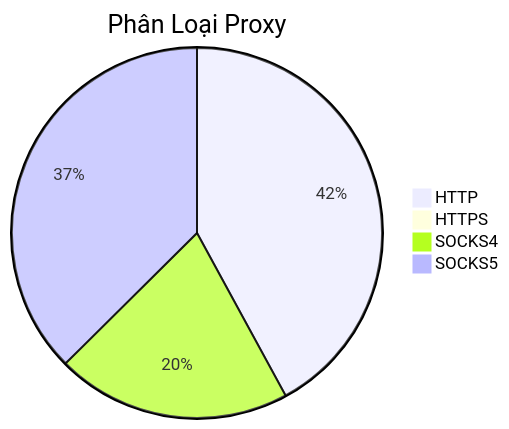
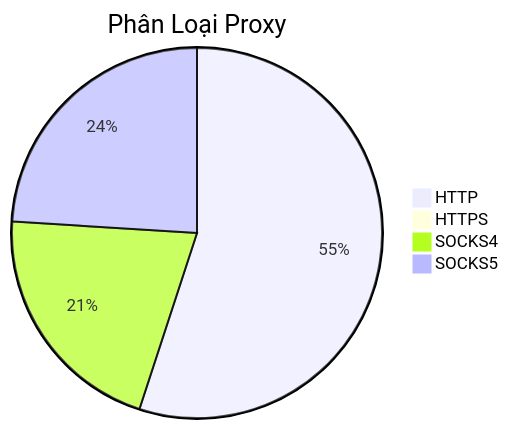
One commit to Ciara-12/PROXY-free changed the diagram in README.md. Above: the diagram before and after it, drawn with Mermaid. The commit also changed other lines of this file and 4 other files, not shown here.

````diff
--- a/README.md
+++ b/README.md
@@ -26,7 +26,7 @@
 ```mermaid
 pie title Phân Loại Proxy
-    "HTTP" : 646
-    "HTTPS" : 1
-    "SOCKS4" : 315
-    "SOCKS5" : 575
+    "HTTP" : 1160
+    "HTTPS" : 0
+    "SOCKS4" : 442
+    "SOCKS5" : 506
 ```
````
